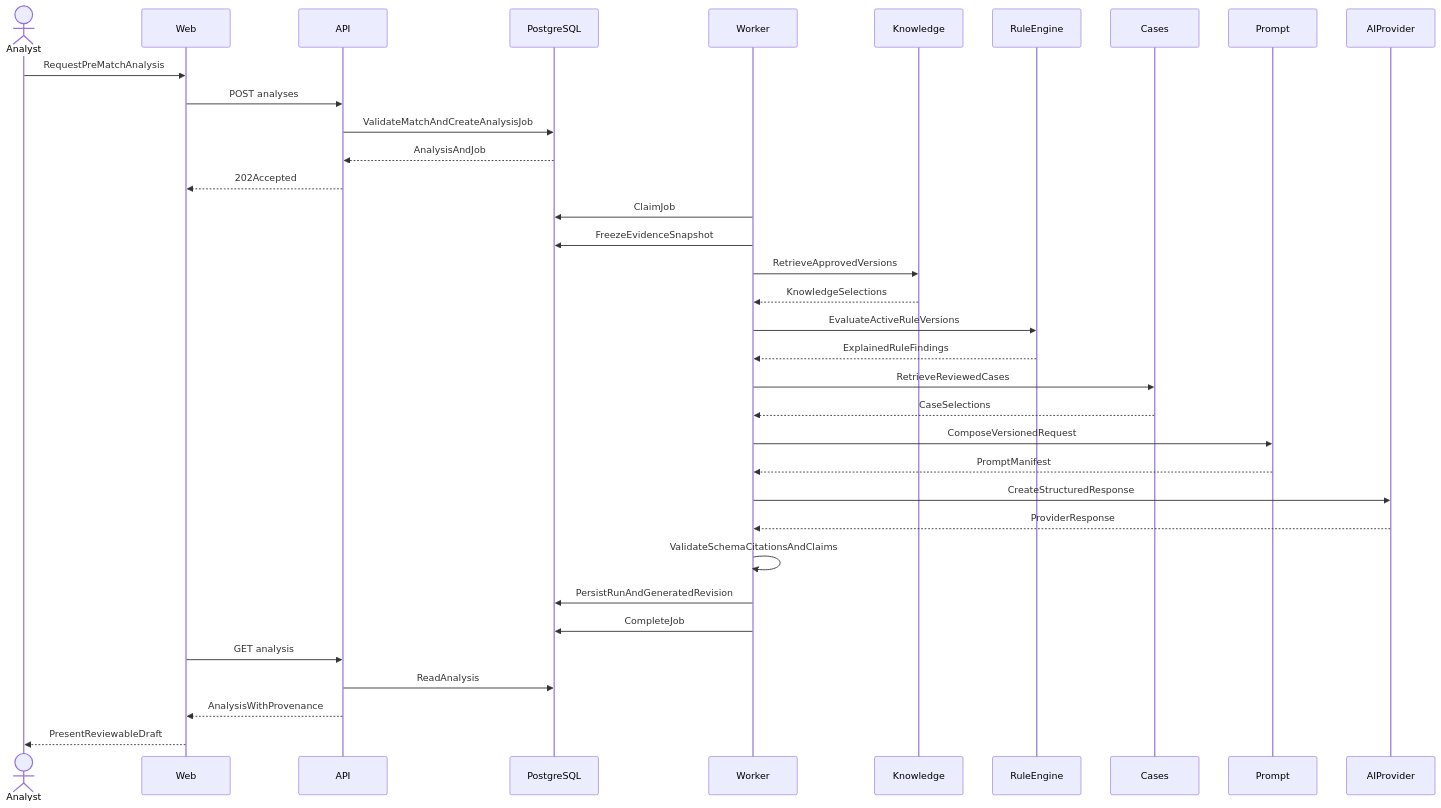
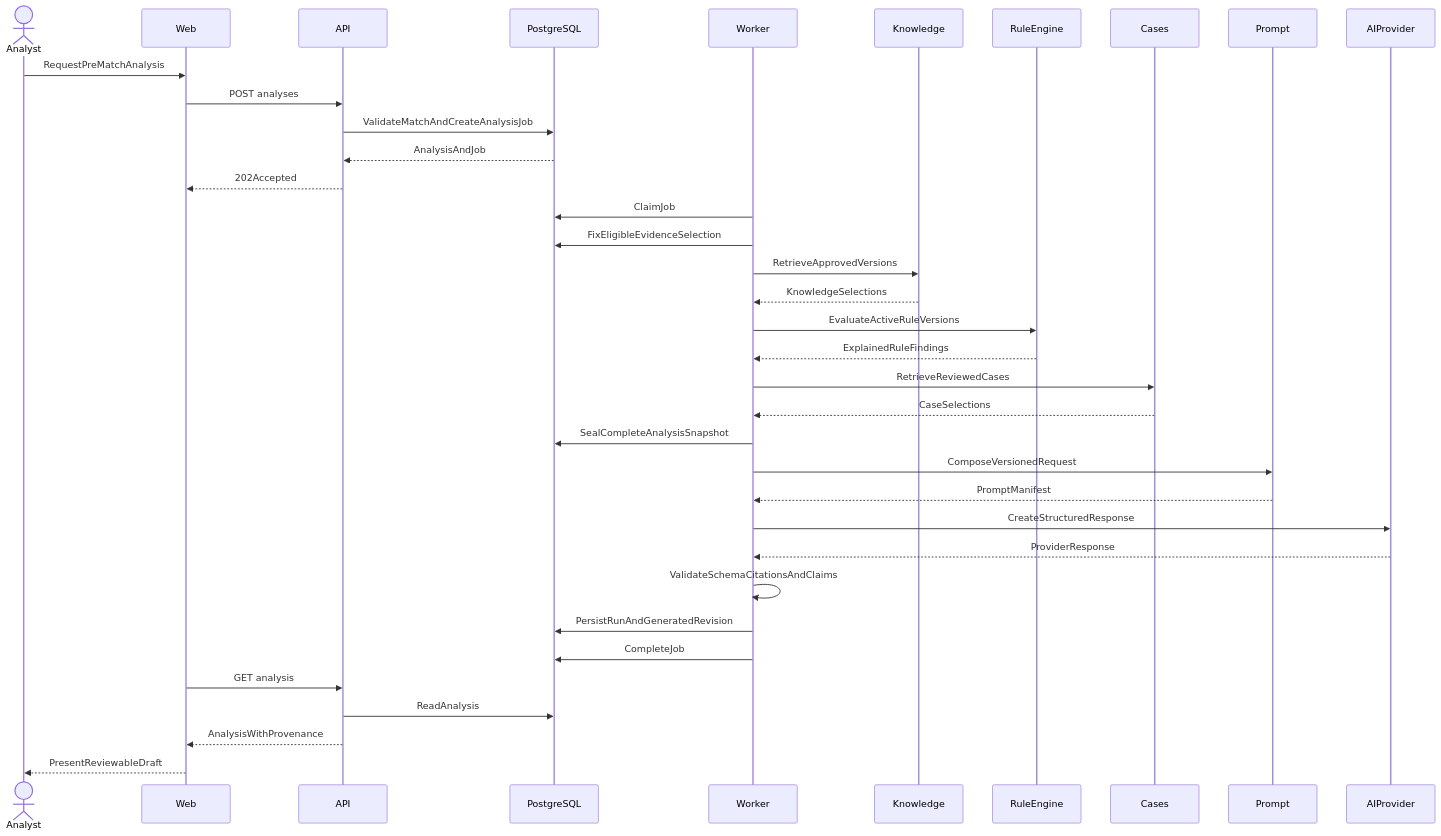
Before and after one commit to chenpengfeidp/ai-FSA: the fourth of 6 diagrams in docs/04_ARCHITECTURE.md, drawn with Mermaid. The commit also changed other lines of this file and 17 other files, not shown here.

First line of the commit message:
docs: 新增实现路线图、分析管线、后端架构、逻辑 ERD 四篇文档，重构治理生命周期为根/版本双态

````diff
--- a/docs/04_ARCHITECTURE.md
+++ b/docs/04_ARCHITECTURE.md
@@ -233,40 +234,41 @@
 ```mermaid
 sequenceDiagram
     actor Analyst
     participant Web
     participant API
     participant DB as PostgreSQL
     participant Worker
     participant Knowledge
     participant Rules as RuleEngine
     participant Cases
     participant Prompt
     participant AI as AIProvider
 
     Analyst->>Web: RequestPreMatchAnalysis
     Web->>API: POST analyses
     API->>DB: ValidateMatchAndCreateAnalysisJob
     DB-->>API: AnalysisAndJob
     API-->>Web: 202Accepted
 
     Worker->>DB: ClaimJob
-    Worker->>DB: FreezeEvidenceSnapshot
+    Worker->>DB: FixEligibleEvidenceSelection
     Worker->>Knowledge: RetrieveApprovedVersions
     Knowledge-->>Worker: KnowledgeSelections
     Worker->>Rules: EvaluateActiveRuleVersions
     Rules-->>Worker: ExplainedRuleFindings
     Worker->>Cases: RetrieveReviewedCases
     Cases-->>Worker: CaseSelections
+    Worker->>DB: SealCompleteAnalysisSnapshot
     Worker->>Prompt: ComposeVersionedRequest
     Prompt-->>Worker: PromptManifest
     Worker->>AI: CreateStructuredResponse
     AI-->>Worker: ProviderResponse
     Worker->>Worker: ValidateSchemaCitationsAndClaims
     Worker->>DB: PersistRunAndGeneratedRevision
     Worker->>DB: CompleteJob
 
     Web->>API: GET analysis
     API->>DB: ReadAnalysis
     API-->>Web: AnalysisWithProvenance
     Web-->>Analyst: PresentReviewableDraft
 ```
````
